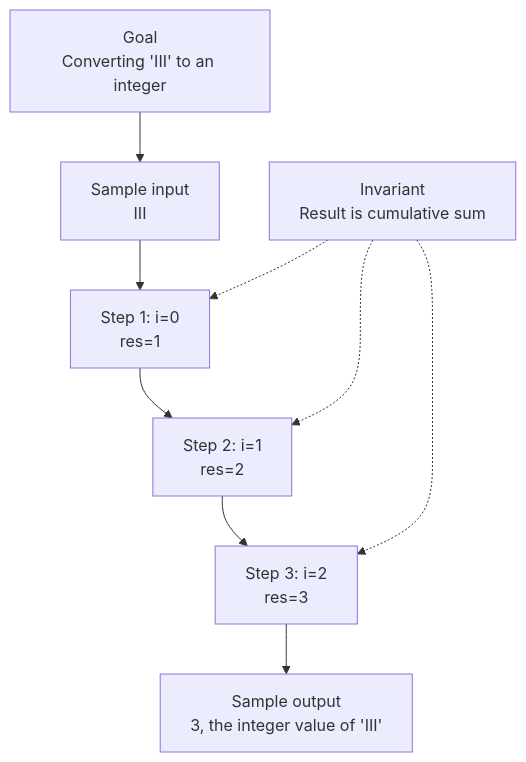
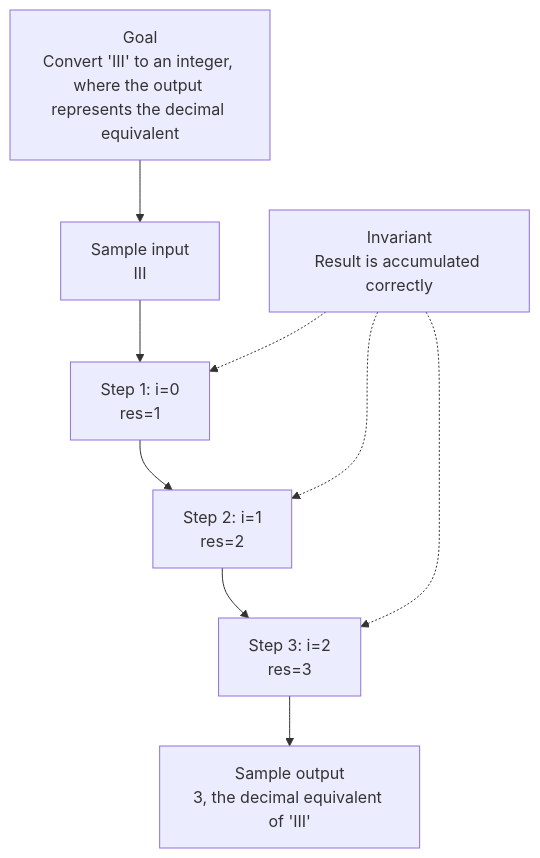
One commit to daanniill/leetcode_sols changed the diagram in 0013-roman-to-integer/README.md. Above: the diagram before and after it, drawn with Mermaid. The commit also changed other lines of this file and 2 other files, not shown here.

Commit message:
solve: 13. Roman to Integer (Easy)

````diff
--- a/0013-roman-to-integer/README.md
+++ b/0013-roman-to-integer/README.md
@@ -19,14 +19,14 @@
 ```mermaid
 flowchart TD
-  n0["Goal<br/>Converting 'III' to an integer"]
+  n0["Goal<br/>Convert 'III' to an integer, where the output represents the decimal equivalent"]
   n1["Sample input<br/>III"]
   n2["Step 1: i=0<br/>res=1"]
   n3["Step 2: i=1<br/>res=2"]
   n4["Step 3: i=2<br/>res=3"]
-  n5["Sample output<br/>3, the integer value of 'III'"]
-  inv["Invariant<br/>Result is cumulative sum"]
+  n5["Sample output<br/>3, the decimal equivalent of 'III'"]
+  inv["Invariant<br/>Result is accumulated correctly"]
   n0 --> n1 --> n2 --> n3 --> n4 --> n5
   inv -.-> n2
   inv -.-> n3
   inv -.-> n4
 ```
````
